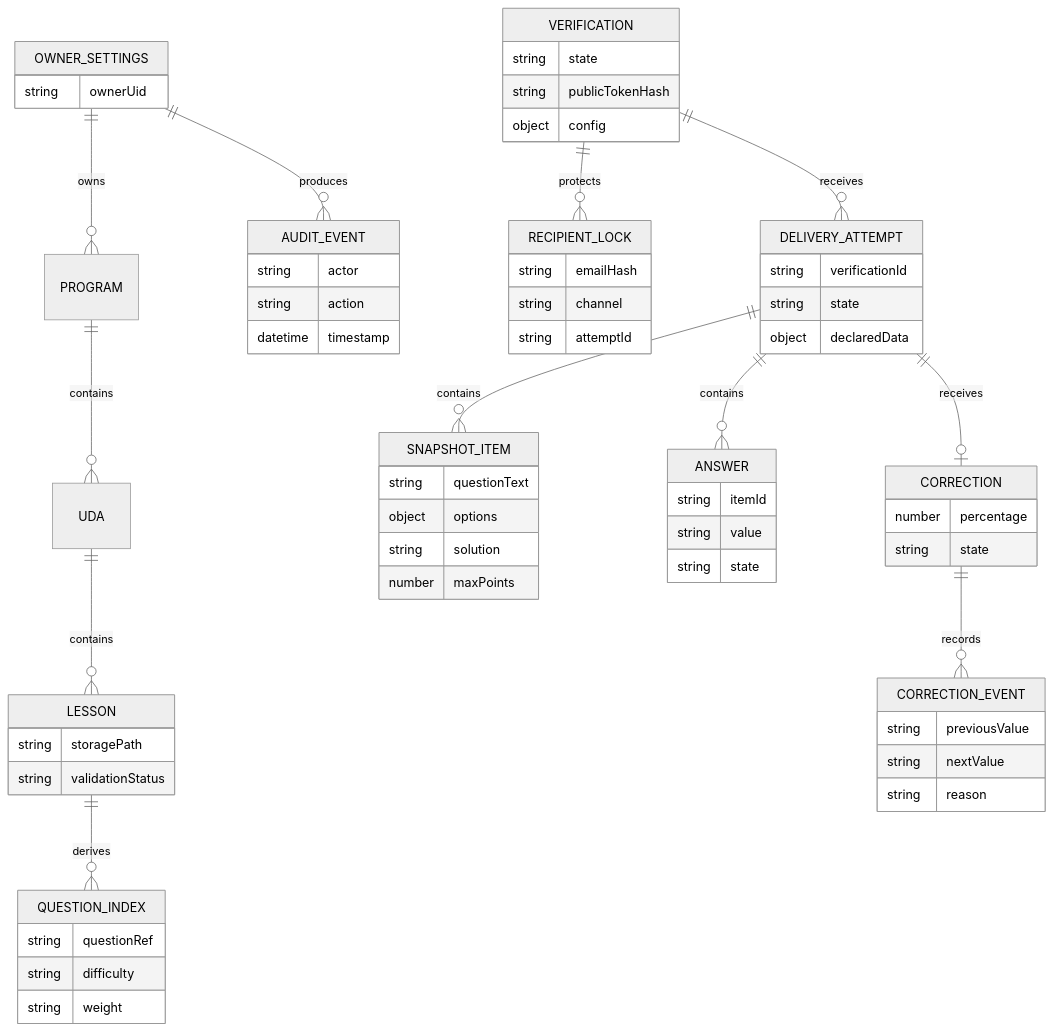
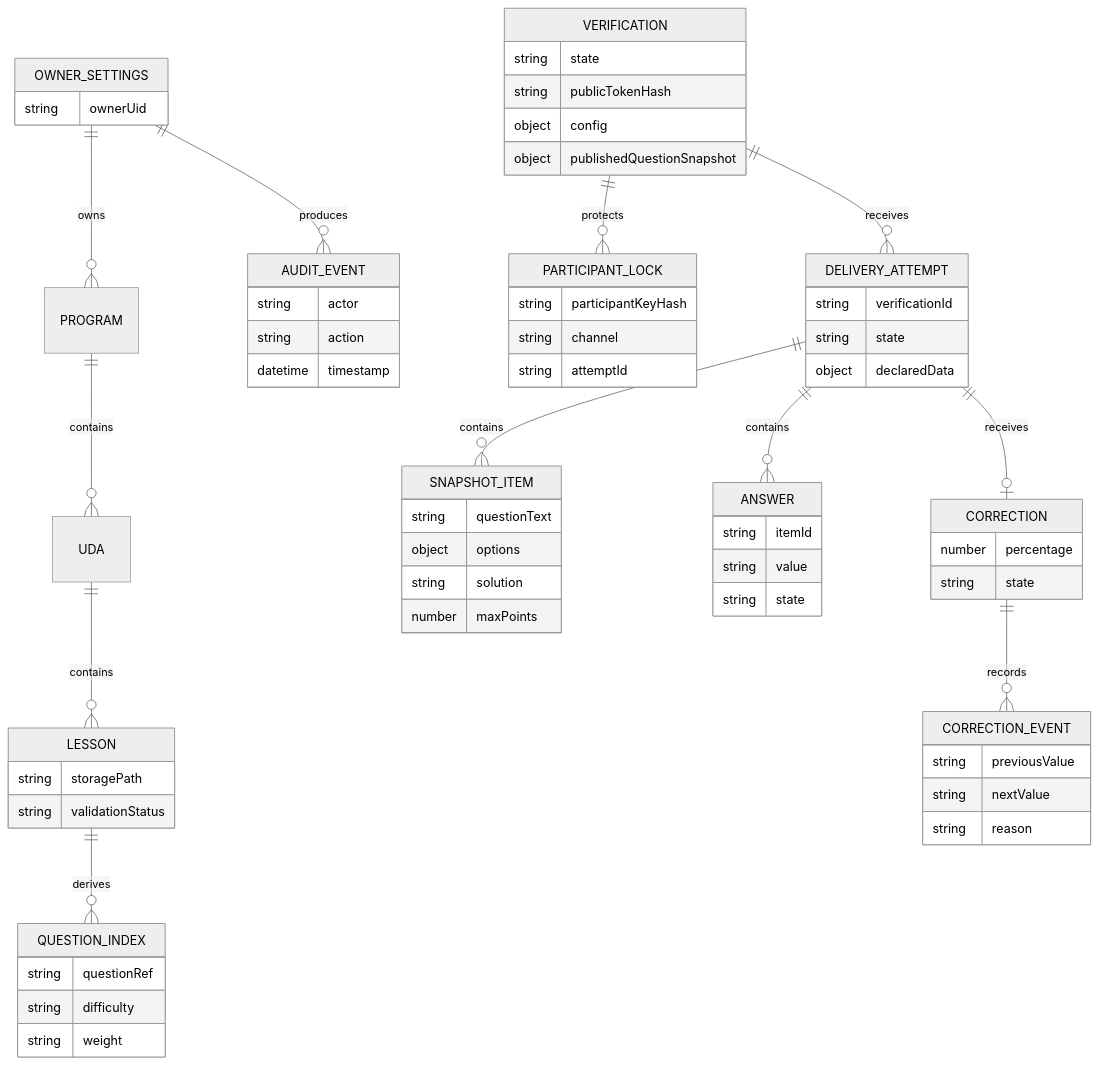
One commit to EnricoPaparo/SchoolForge changed the diagram in documentazione/diagrammi/er-model.md. Above: the diagram before and after it, drawn with Mermaid (neutral theme). The commit also changed other lines of this file and 15 other files, not shown here.

````diff
--- a/documentazione/diagrammi/er-model.md
+++ b/documentazione/diagrammi/er-model.md
@@ -3,26 +3,26 @@
 ```mermaid
 erDiagram
     OWNER_SETTINGS ||--o{ PROGRAM : owns
     PROGRAM ||--o{ UDA : contains
     UDA ||--o{ LESSON : contains
     LESSON ||--o{ QUESTION_INDEX : derives
-    VERIFICATION ||--o{ RECIPIENT_LOCK : protects
+    VERIFICATION ||--o{ PARTICIPANT_LOCK : protects
     VERIFICATION ||--o{ DELIVERY_ATTEMPT : receives
     DELIVERY_ATTEMPT ||--o{ SNAPSHOT_ITEM : contains
     DELIVERY_ATTEMPT ||--o{ ANSWER : contains
     DELIVERY_ATTEMPT ||--o| CORRECTION : receives
     CORRECTION ||--o{ CORRECTION_EVENT : records
     OWNER_SETTINGS ||--o{ AUDIT_EVENT : produces
 
     OWNER_SETTINGS { string ownerUid }
     LESSON { string storagePath string validationStatus }
     QUESTION_INDEX { string questionRef string difficulty string weight }
-    VERIFICATION { string state string publicTokenHash object config }
-    RECIPIENT_LOCK { string emailHash string channel string attemptId }
+    VERIFICATION { string state string publicTokenHash object config object publishedQuestionSnapshot }
+    PARTICIPANT_LOCK { string participantKeyHash string channel string attemptId }
     DELIVERY_ATTEMPT { string verificationId string state object declaredData }
     SNAPSHOT_ITEM { string questionText object options string solution number maxPoints }
     ANSWER { string itemId string value string state }
     CORRECTION { number percentage string state }
     CORRECTION_EVENT { string previousValue string nextValue string reason }
     AUDIT_EVENT { string actor string action datetime timestamp }
 ```
````
